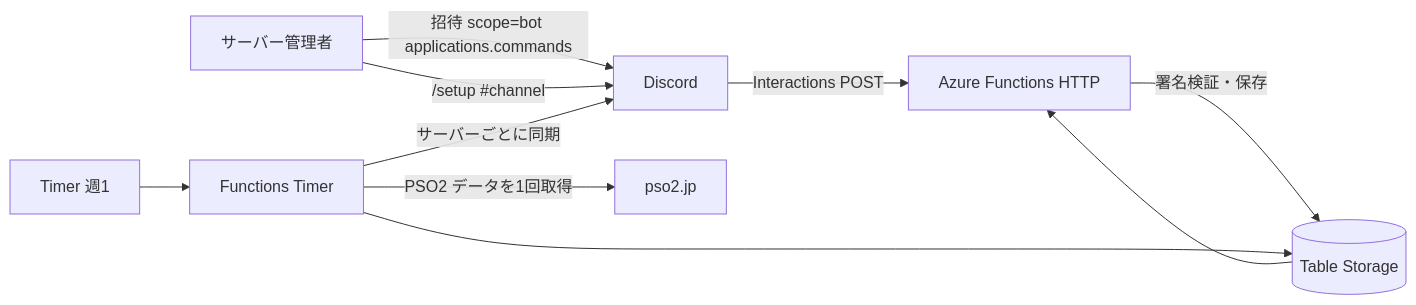
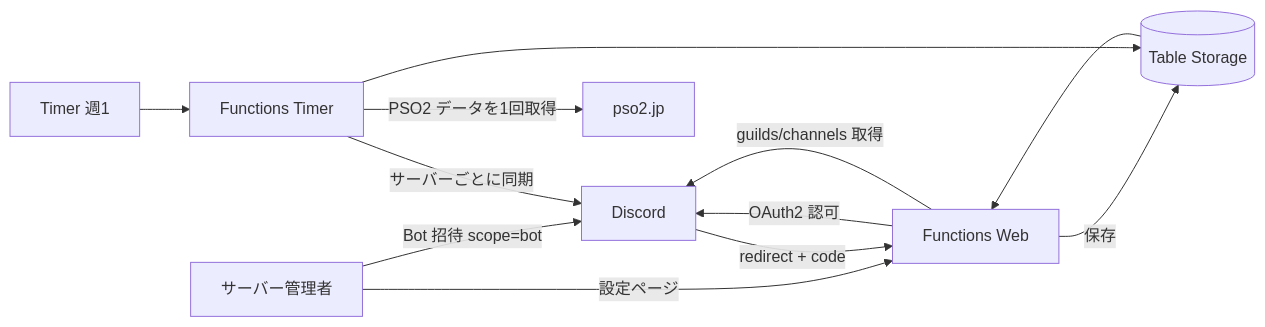
One commit to denpadokei/pso2ngs-boost-bot changed the diagram in docs/shared-bot.md. Above: the diagram before and after it, drawn with Mermaid. The commit also changed other lines of this file and 15 other files, not shown here.

First line of the commit message:
feat!: replace HTTP Interactions /setup with OAuth2 setup flow

````diff
--- a/docs/shared-bot.md
+++ b/docs/shared-bot.md
@@ -27,12 +31,14 @@
 ```mermaid
 flowchart LR
-  U[サーバー管理者] -->|招待 scope=bot applications.commands| D[Discord]
-  U -->|/setup #channel| D
-  D -->|Interactions POST| F[Azure Functions HTTP]
-  F -->|署名検証・保存| T[(Table Storage)]
-  T --> F
+  U[サーバー管理者] -->|Bot 招待 scope=bot| D[Discord]
+  U -->|設定ページ| W[Functions Web]
+  W -->|OAuth2 認可| D
+  D -->|redirect + code| W
+  W -->|guilds/channels 取得| D
+  W -->|保存| T[(Table Storage)]
+  T --> W
   C[Timer 週1] --> F2[Functions Timer]
   F2 -->|PSO2 データを1回取得| P[pso2.jp]
   F2 -->|サーバーごとに同期| D
   F2 --> T
 ```
````
